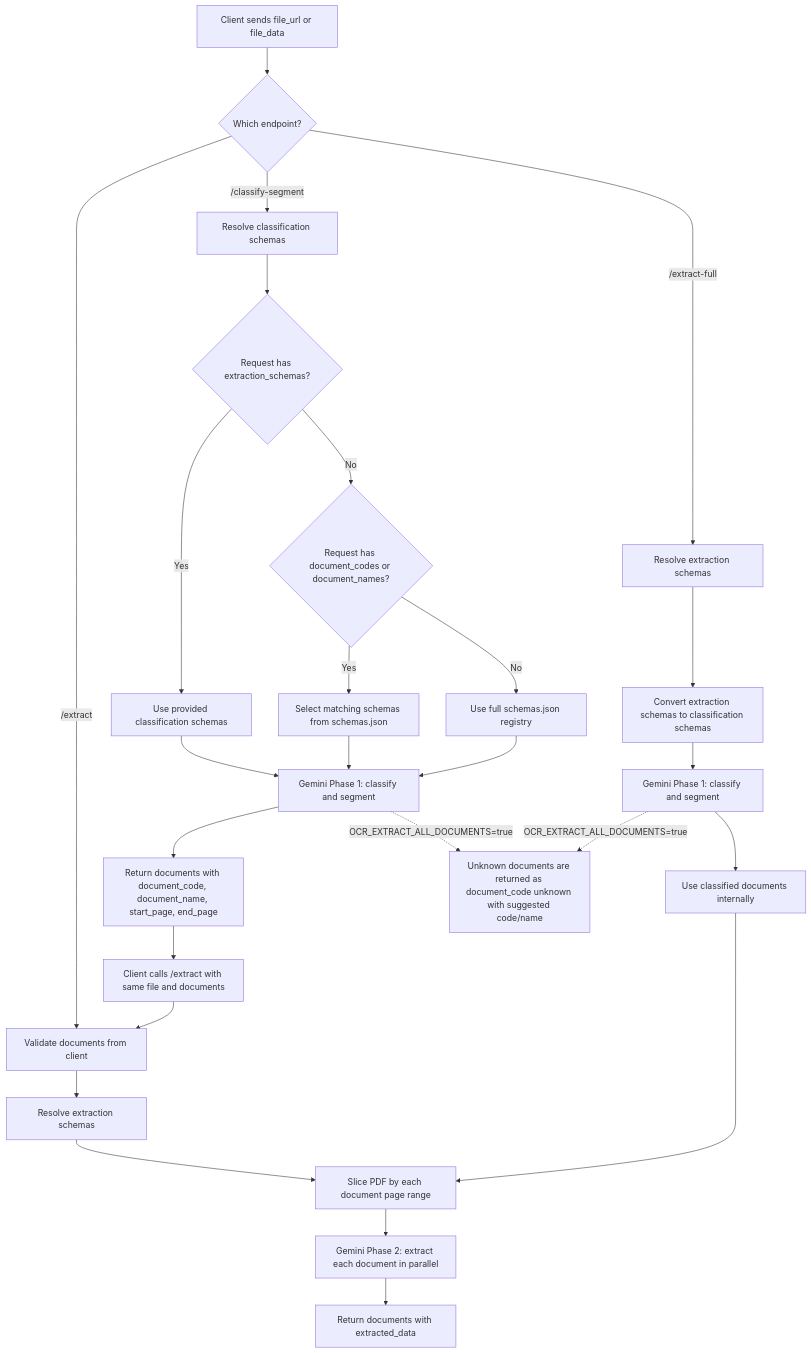
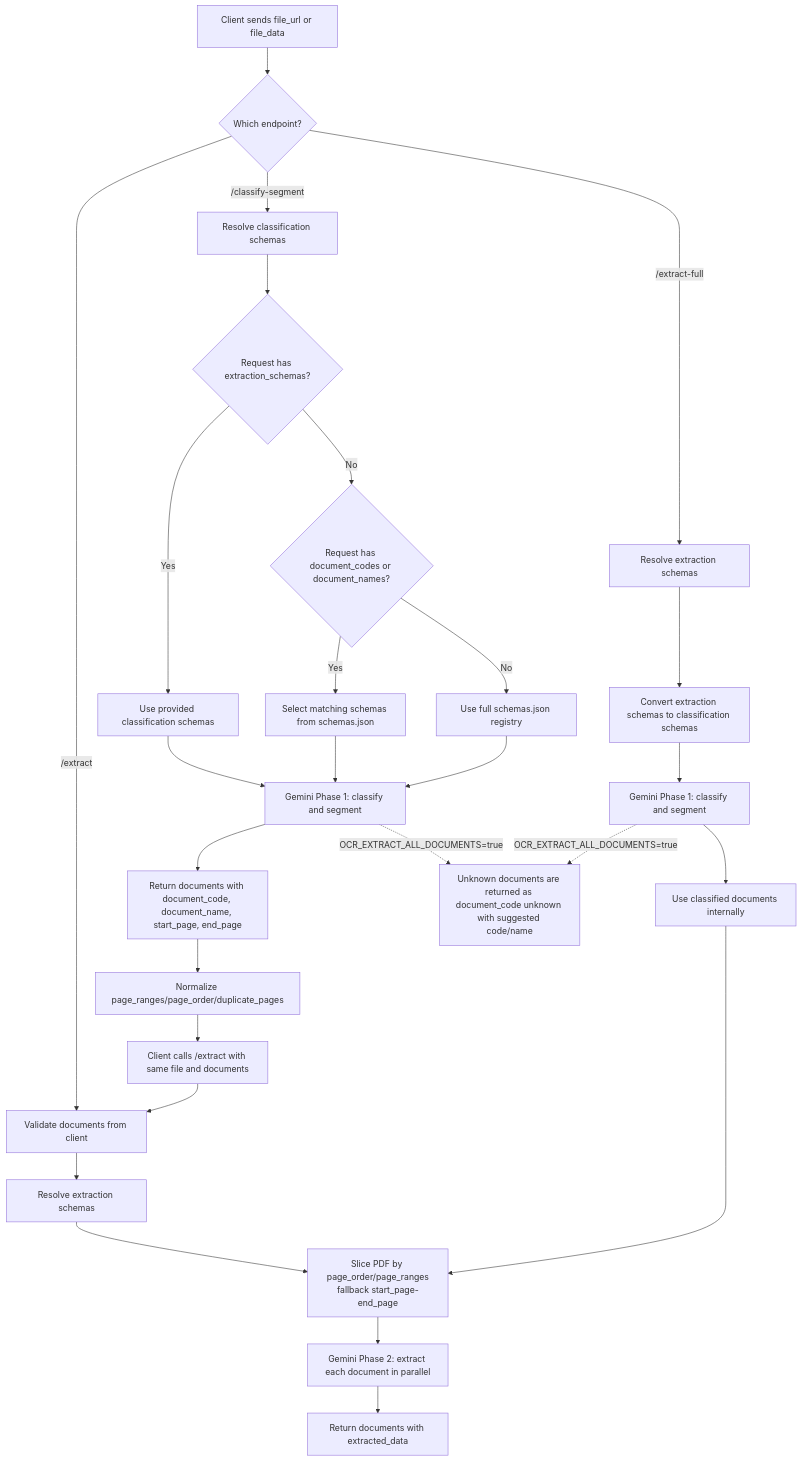
The diagram in src/ocr-service/README.md (anhtuan23004/Undergraduate-thesis-2026), drawn with Mermaid before and after one commit. The commit also changed other lines of this file and 10 other files, not shown here.

````diff
--- a/src/ocr-service/README.md
+++ b/src/ocr-service/README.md
@@ -150,32 +151,33 @@
 ```mermaid
 flowchart TD
     A[Client sends file_url or file_data] --> B{Which endpoint?}
 
     B -->|/classify-segment| C[Resolve classification schemas]
     C --> C1{Request has extraction_schemas?}
     C1 -->|Yes| C2[Use provided classification schemas]
     C1 -->|No| C3{Request has document_codes or document_names?}
     C3 -->|Yes| C4[Select matching schemas from schemas.json]
     C3 -->|No| C5[Use full schemas.json registry]
     C2 --> D[Gemini Phase 1: classify and segment]
     C4 --> D
     C5 --> D
     D --> E[Return documents with document_code, document_name, start_page, end_page]
-    E --> F[Client calls /extract with same file and documents]
+    E --> E1[Normalize page_ranges/page_order/duplicate_pages]
+    E1 --> F[Client calls /extract with same file and documents]
 
     B -->|/extract| G[Validate documents from client]
     F --> G
     G --> H[Resolve extraction schemas]
-    H --> I[Slice PDF by each document page range]
+    H --> I[Slice PDF by page_order/page_ranges<br/>fallback start_page-end_page]
     I --> J[Gemini Phase 2: extract each document in parallel]
     J --> K[Return documents with extracted_data]
 
     B -->|/extract-full| L[Resolve extraction schemas]
     L --> M[Convert extraction schemas to classification schemas]
     M --> N[Gemini Phase 1: classify and segment]
     N --> O[Use classified documents internally]
     O --> I
 
     D -. OCR_EXTRACT_ALL_DOCUMENTS=true .-> U[Unknown documents are returned as document_code unknown with suggested code/name]
     N -. OCR_EXTRACT_ALL_DOCUMENTS=true .-> U
 ```
````
